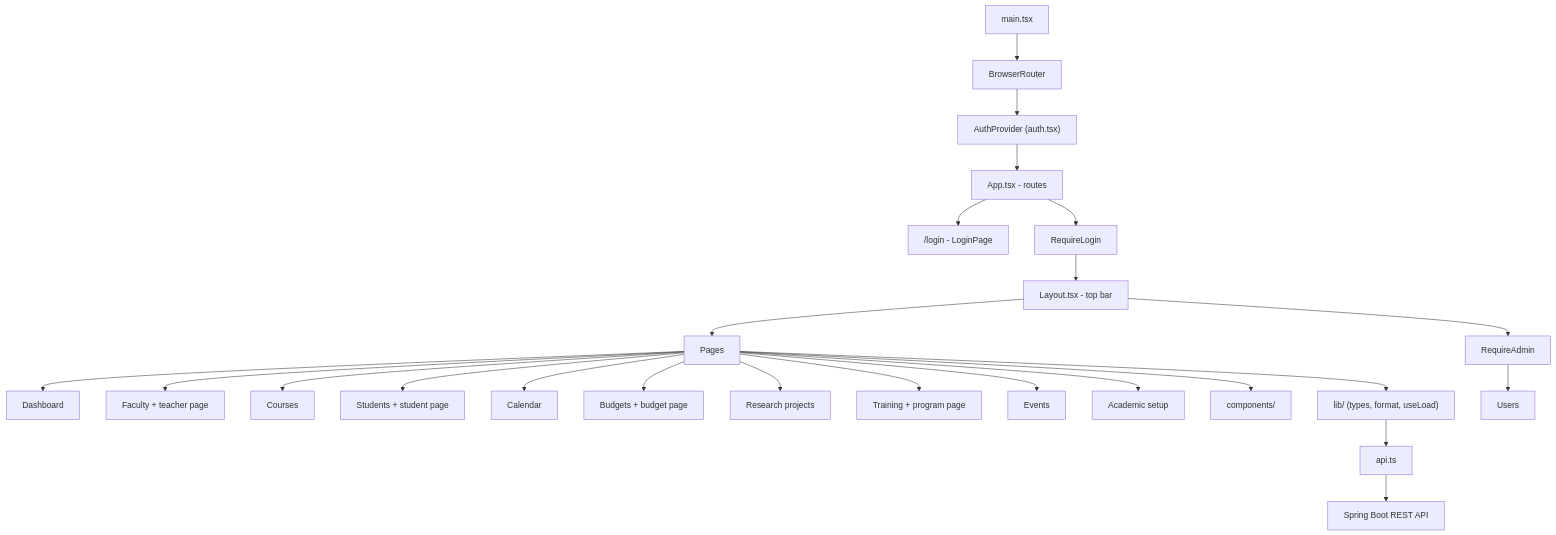
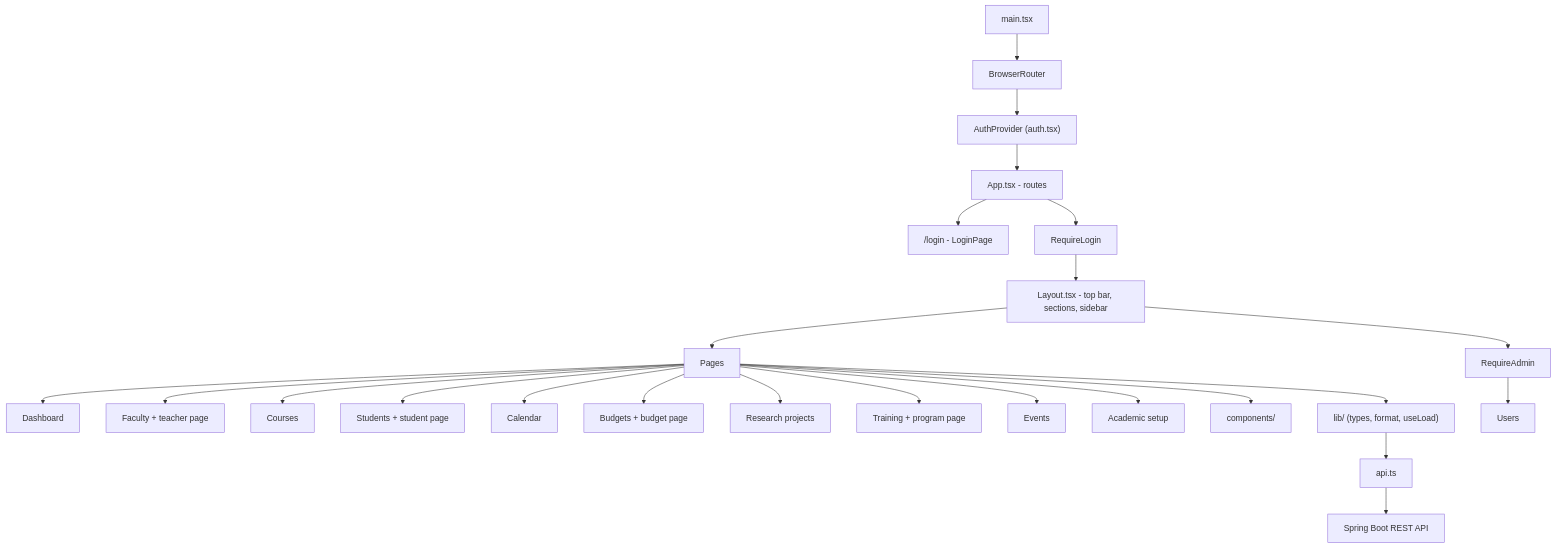
The second of 7 diagrams in README.md (Git-punit/campus-erp), drawn with Mermaid before and after one commit. The commit also changed other lines of this file and 16 other files, not shown here.

````diff
--- a/README.md
+++ b/README.md
@@ -389,28 +393,28 @@
 ```mermaid
 flowchart TD
     MAIN["main.tsx"] --> ROUTER["BrowserRouter"]
     ROUTER --> AUTH["AuthProvider (auth.tsx)"]
     AUTH --> APP["App.tsx - routes"]
 
     APP --> LOGIN["/login - LoginPage"]
     APP --> REQ["RequireLogin"]
-    REQ --> LAYOUT["Layout.tsx - top bar"]
+    REQ --> LAYOUT["Layout.tsx - top bar, sections, sidebar"]
 
     LAYOUT --> PAGES["Pages"]
     PAGES --> DASH["Dashboard"]
     PAGES --> FAC["Faculty + teacher page"]
     PAGES --> CRS["Courses"]
     PAGES --> STU["Students + student page"]
     PAGES --> CAL["Calendar"]
     PAGES --> BUD["Budgets + budget page"]
     PAGES --> PRJ["Research projects"]
     PAGES --> TRN["Training + program page"]
     PAGES --> EVT["Events"]
     PAGES --> SET["Academic setup"]
     LAYOUT --> ADMIN["RequireAdmin"] --> USERS["Users"]
 
     PAGES --> COMPONENTS["components/"]
     PAGES --> LIB["lib/ (types, format, useLoad)"]
     LIB --> API["api.ts"]
     API --> SERVER["Spring Boot REST API"]
 ```
````
